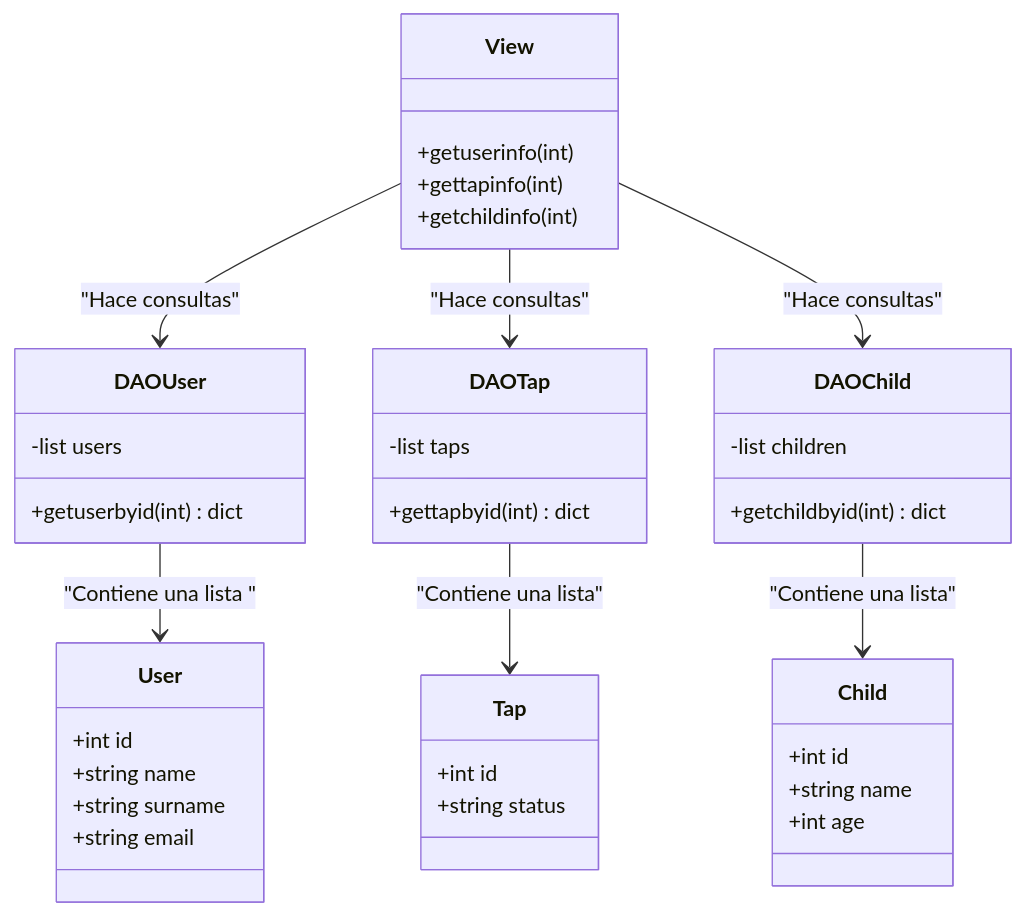
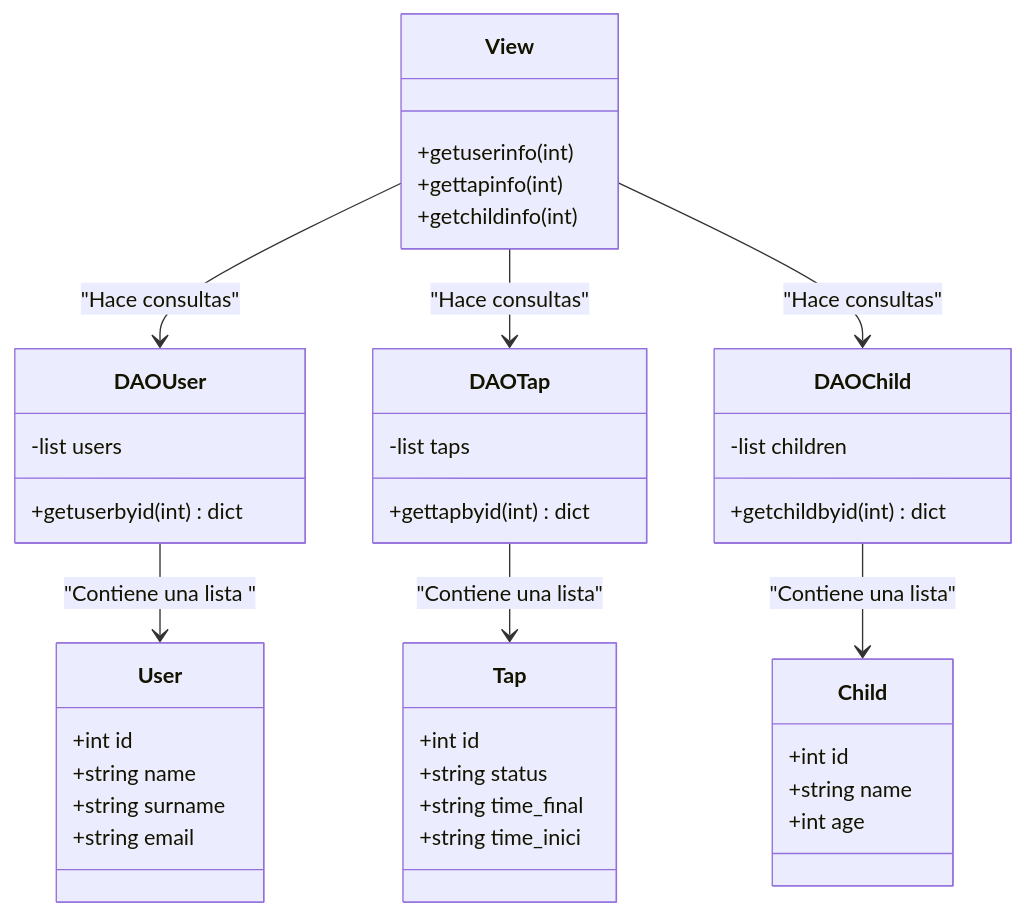
One commit to Dariella06/TapaTapp changed the diagram in prototipo2/frontend.mermaid. Above: the diagram before and after it, drawn with Mermaid.

Commit message:
cambio y agregar al tap

```diff
--- a/prototipo2/frontend.mermaid
+++ b/prototipo2/frontend.mermaid
@@ -1,47 +1,49 @@
 classDiagram
     View --> DAOUser : "Hace consultas"
     View --> DAOTap : "Hace consultas"
     View --> DAOChild : "Hace consultas"
     DAOUser --> User : "Contiene una lista "
     DAOTap --> Tap : "Contiene una lista"
     DAOChild --> Child : "Contiene una lista"
 
     
     class View {
         +getuserinfo(int)
         +gettapinfo(int)
         +getchildinfo(int)
     }
 
     class DAOUser {
         -list users
         +getuserbyid(int) dict
     }
 
     class DAOTap {
         -list taps
         +gettapbyid(int) dict
     }
 
     class DAOChild {
         -list children
         +getchildbyid(int) dict
     }
 
     class User {
         +int id
         +string name
         +string surname
         +string email
     }
 
     class Tap {
         +int id
         +string status
+        +string time_final
+        +string time_inici
     }
 
     class Child {
         +int id
         +string name
         +int age
     }
```
